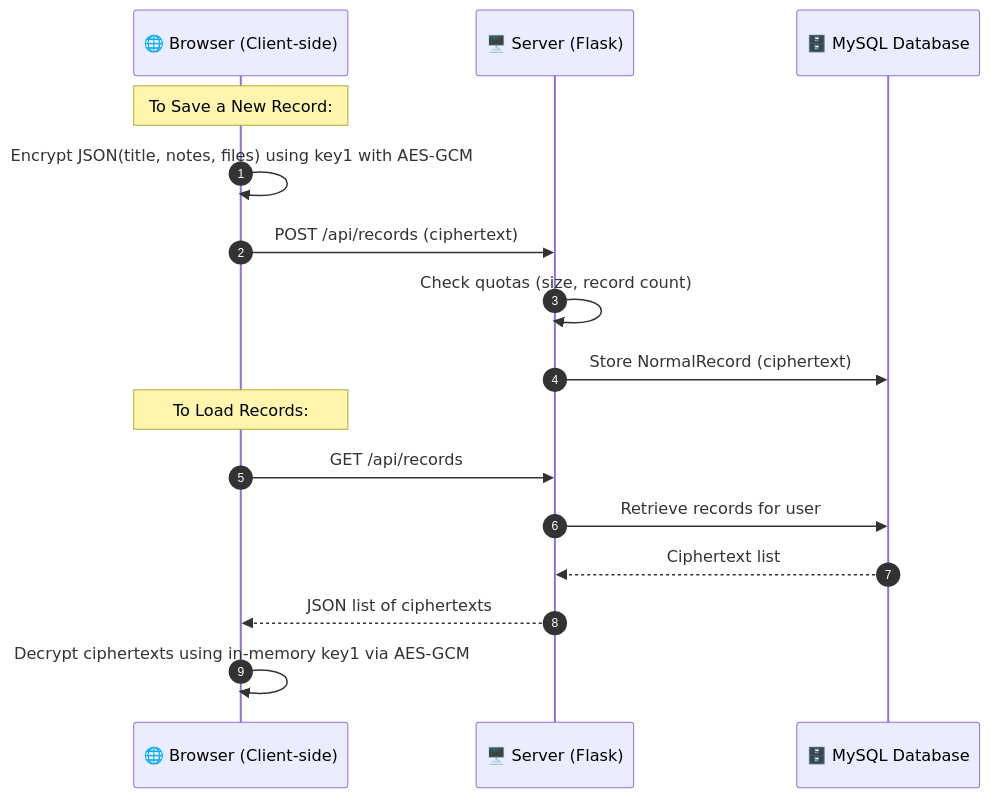
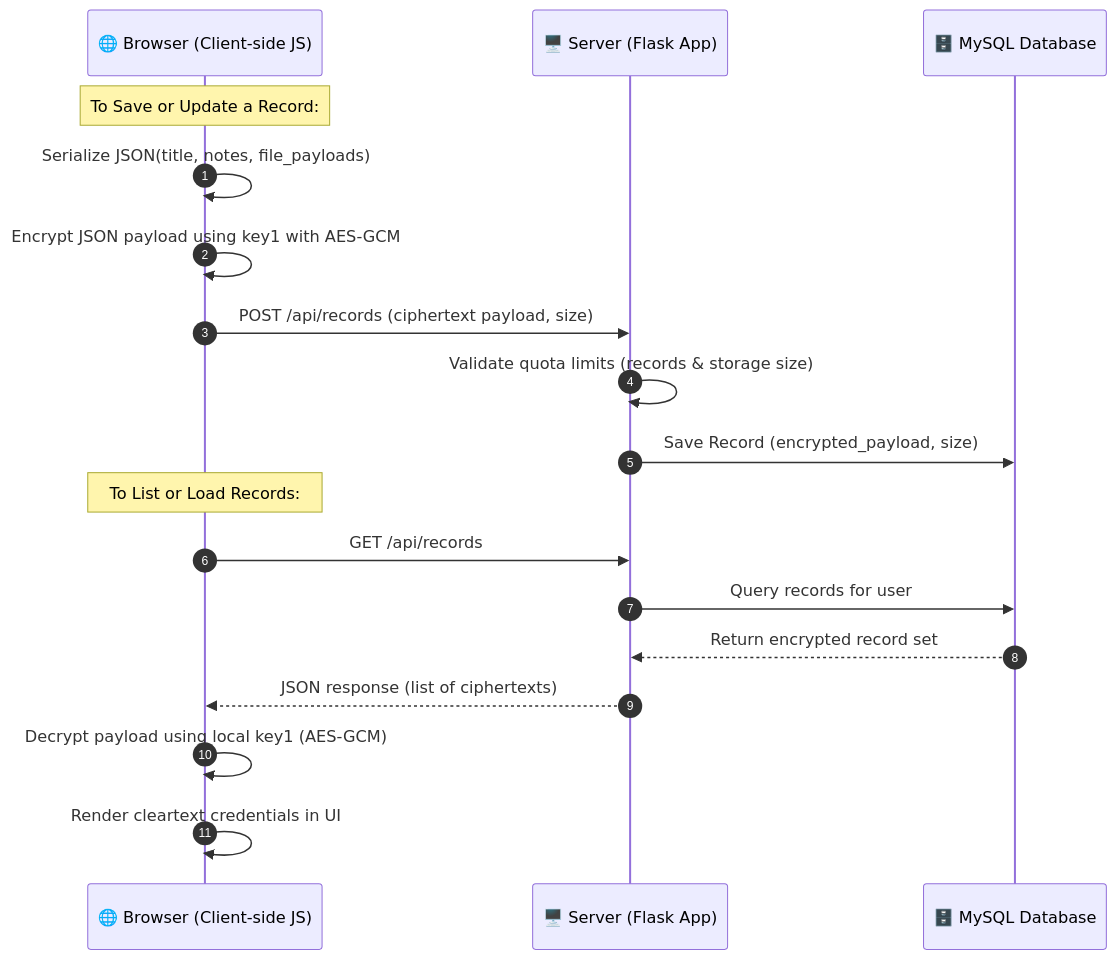
The third of 3 diagrams in README.md (neerajsait/ZK-Vault), drawn with Mermaid before and after one commit. The commit also changed other lines of this file and 7 other files, not shown here.

````diff
--- a/README.md
+++ b/README.md
@@ -112,20 +112,22 @@
 ```mermaid
 sequenceDiagram
     autonumber
-    participant Browser as 🌐 Browser (Client-side)
-    participant Server as 🖥️ Server (Flask)
+    participant Browser as 🌐 Browser (Client-side JS)
+    participant Server as 🖥️ Server (Flask App)
     participant DB as 🗄️ MySQL Database
 
-    Note over Browser: To Save a New Record:
-    Browser->>Browser: Encrypt JSON(title, notes, files) using key1 with AES-GCM
-    Browser->>Server: POST /api/records (ciphertext)
-    Server->>Server: Check quotas (size, record count)
-    Server->>DB: Store NormalRecord (ciphertext)
+    Note over Browser: To Save or Update a Record:
+    Browser->>Browser: Serialize JSON(title, notes, file_payloads)
+    Browser->>Browser: Encrypt JSON payload using key1 with AES-GCM
+    Browser->>Server: POST /api/records (ciphertext payload, size)
+    Server->>Server: Validate quota limits (records & storage size)
+    Server->>DB: Save Record (encrypted_payload, size)
 
-    Note over Browser: To Load Records:
+    Note over Browser: To List or Load Records:
     Browser->>Server: GET /api/records
-    Server->>DB: Retrieve records for user
-    DB-->>Server: Ciphertext list
-    Server-->>Browser: JSON list of ciphertexts
-    Browser->>Browser: Decrypt ciphertexts using in-memory key1 via AES-GCM
+    Server->>DB: Query records for user
+    DB-->>Server: Return encrypted record set
+    Server-->>Browser: JSON response (list of ciphertexts)
+    Browser->>Browser: Decrypt payload using local key1 (AES-GCM)
+    Browser->>Browser: Render cleartext credentials in UI
 ```
````
